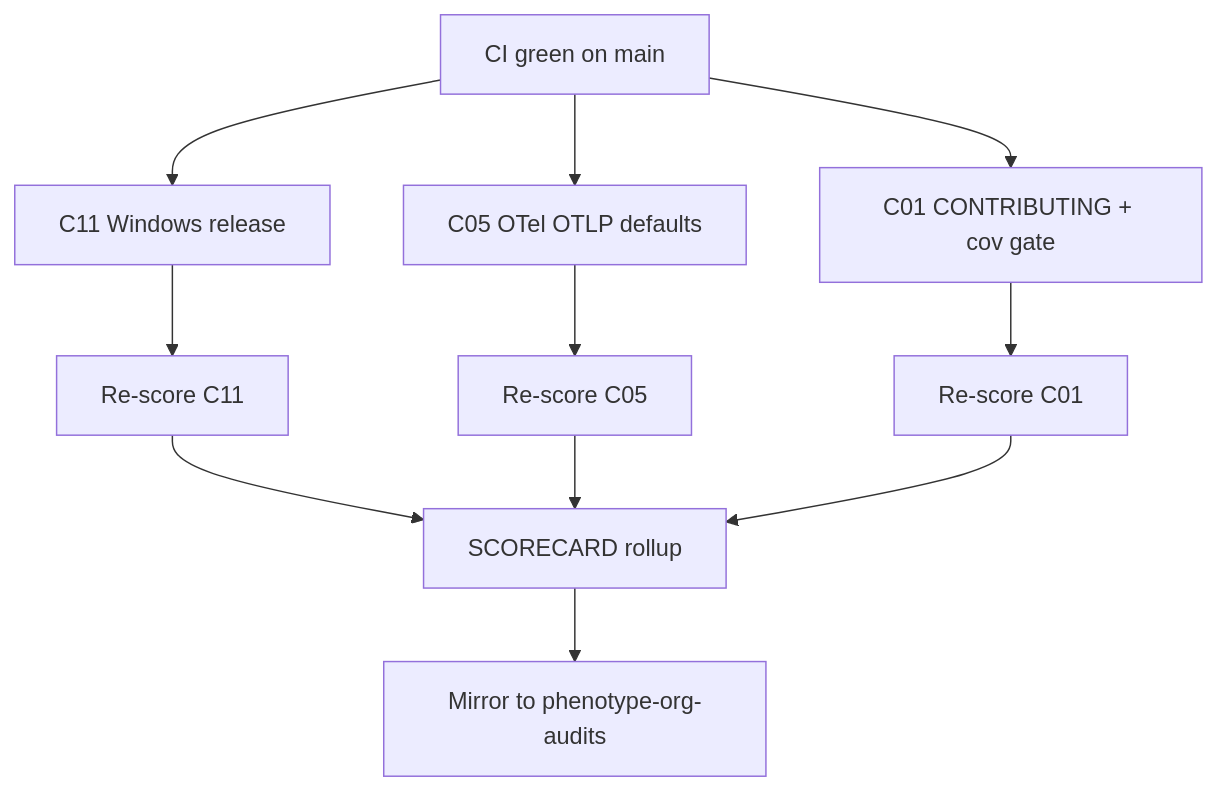
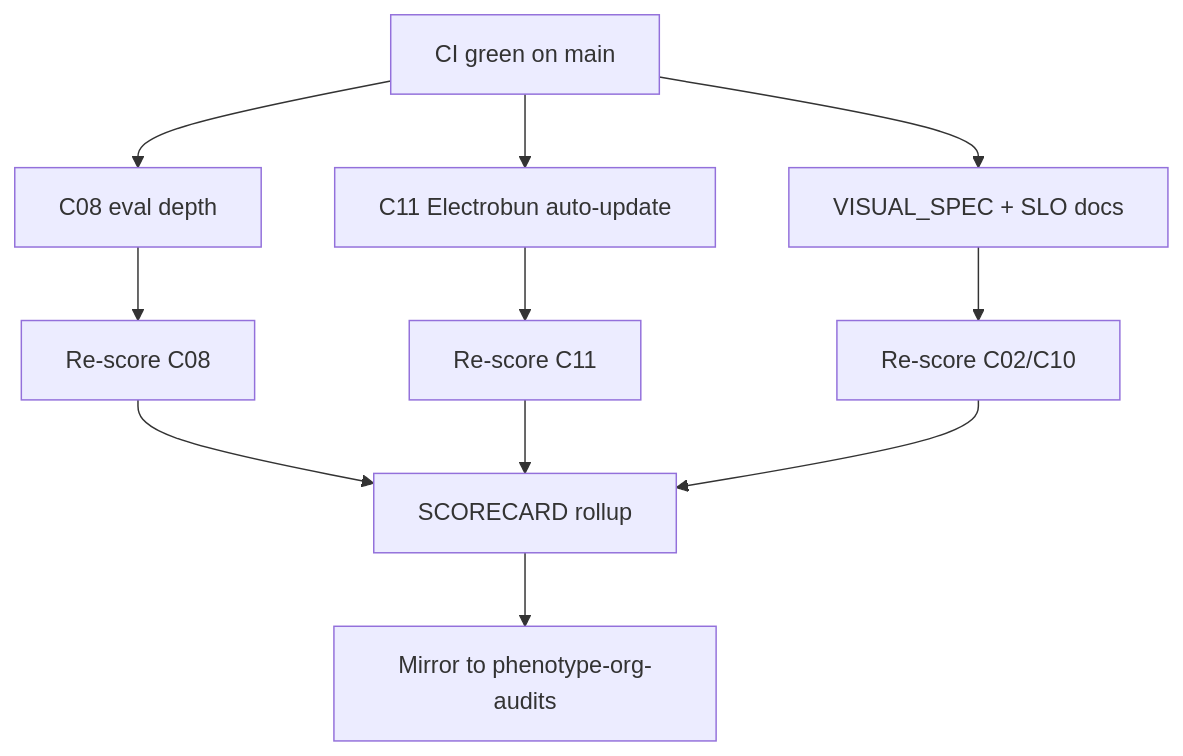
The diagram in docs/WORK_DAG.md (KooshaPari/Melosviz), drawn with Mermaid before and after one commit. The commit also changed other lines of this file and 30 other files, not shown here.

First line of the commit message:
Lift eval depth and Electrobun auto-update for v38 B-grade wave.

````diff
--- a/docs/WORK_DAG.md
+++ b/docs/WORK_DAG.md
@@ -6,13 +6,13 @@
 ```mermaid
 flowchart TD
-  A[CI green on main] --> B[C11 Windows release]
-  A --> C[C05 OTel OTLP defaults]
-  A --> D[C01 CONTRIBUTING + cov gate]
-  B --> E[Re-score C11]
-  C --> F[Re-score C05]
-  D --> G[Re-score C01]
+  A[CI green on main] --> B[C08 eval depth]
+  A --> C[C11 Electrobun auto-update]
+  A --> D[VISUAL_SPEC + SLO docs]
+  B --> E[Re-score C08]
+  C --> F[Re-score C11]
+  D --> G[Re-score C02/C10]
   E --> H[SCORECARD rollup]
   F --> H
   G --> H
   H --> I[Mirror to phenotype-org-audits]
 ```
````
